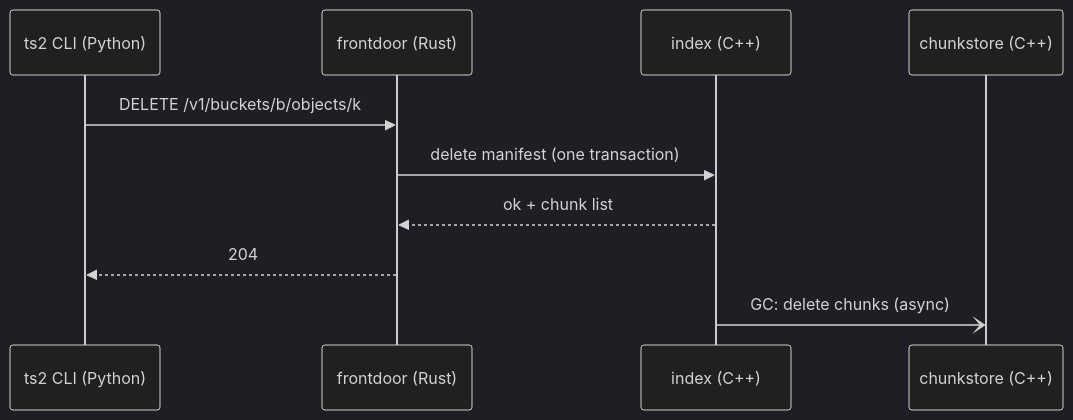
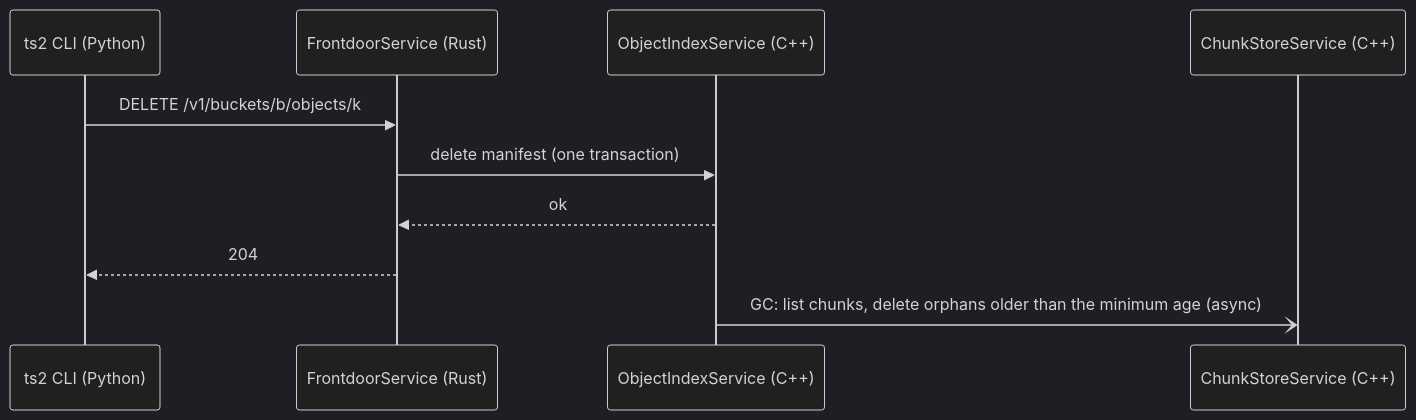
The fifth of 6 diagrams in docs/design/000-system-overview.md (pratikSethi/toy-storage-service), drawn with Mermaid (dark theme) before and after one commit. The commit also changed other lines of this file and 18 other files, not shown here.

````diff
--- a/docs/design/000-system-overview.md
+++ b/docs/design/000-system-overview.md
@@ -172,12 +183,12 @@
 ```mermaid
 sequenceDiagram
   participant C as ts2 CLI (Python)
-  participant G as frontdoor (Rust)
-  participant M as index (C++)
-  participant N as chunkstore (C++)
+  participant G as FrontdoorService (Rust)
+  participant M as ObjectIndexService (C++)
+  participant N as ChunkStoreService (C++)
   C->>G: DELETE /v1/buckets/b/objects/k
   G->>M: delete manifest (one transaction)
-  M-->>G: ok + chunk list
+  M-->>G: ok
   G-->>C: 204
-  M-)N: GC: delete chunks (async)
+  M-)N: GC: list chunks, delete orphans older than the minimum age (async)
 ```
````
